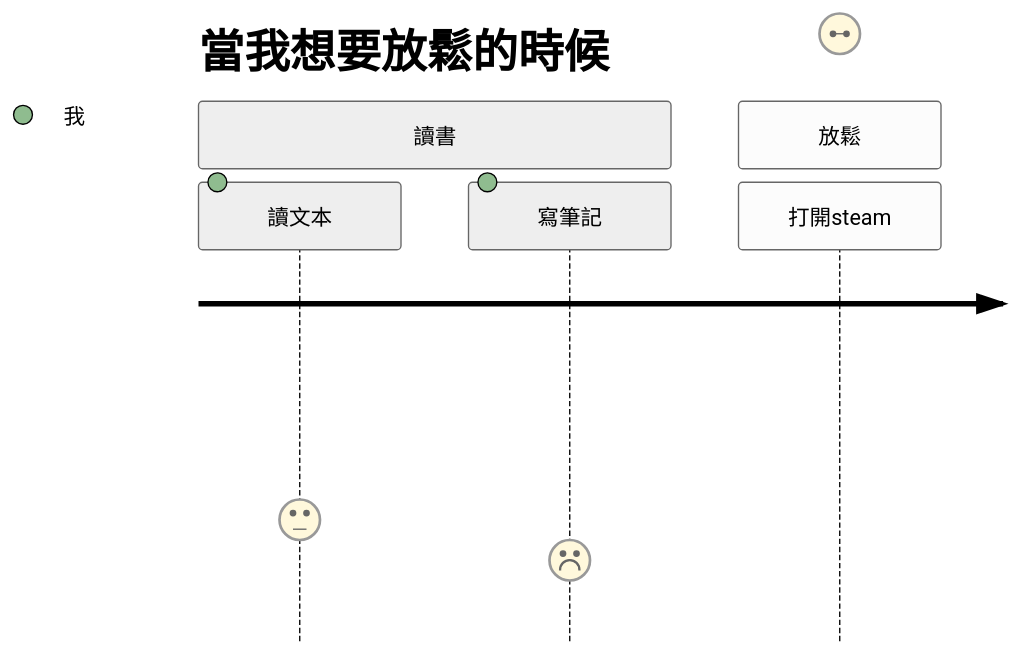
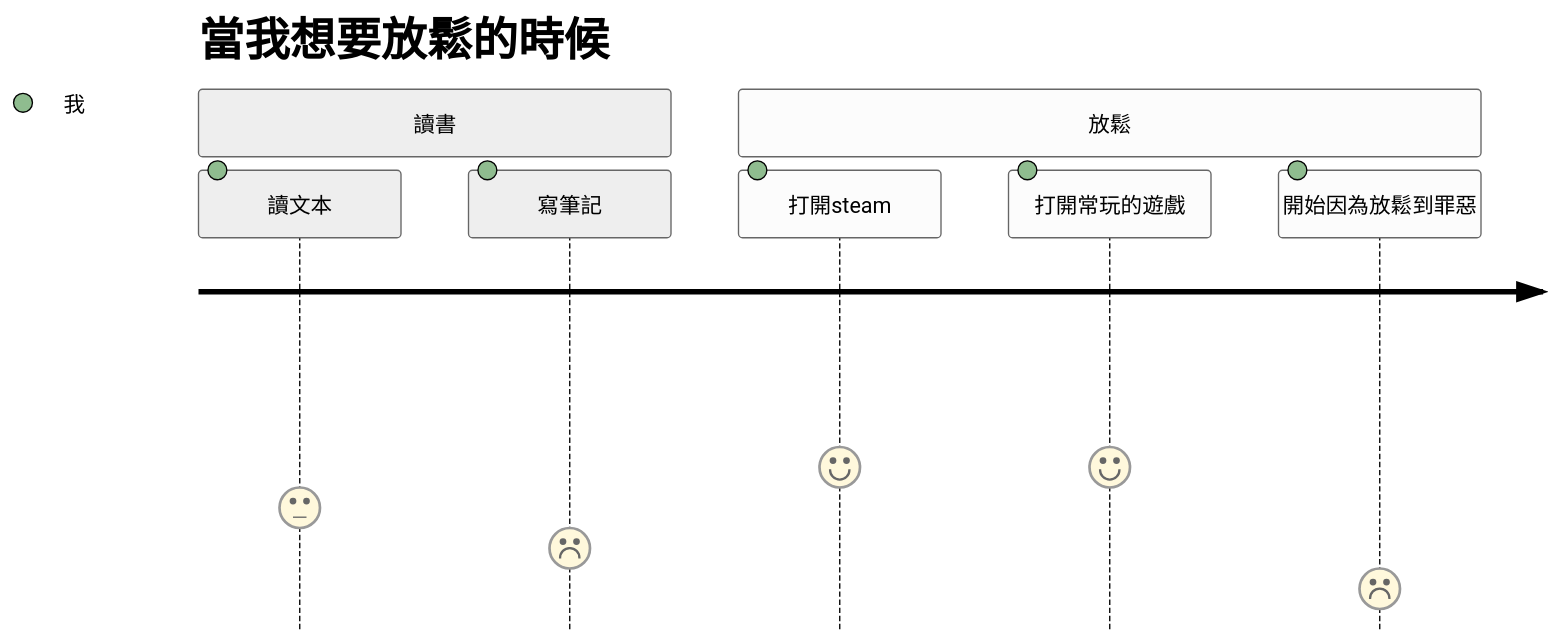
One commit to kuku0508/kuku_note_ver_2 changed the second of 3 diagrams in 知識/程式語言/Mermaid/語法/使用者旅程/使用者旅程.md. Above: the diagram before and after it, drawn with Mermaid (neutral theme). The commit also changed other lines of this file and 3 other files, not shown here.

````diff
--- a/知識/程式語言/Mermaid/語法/使用者旅程/使用者旅程.md
+++ b/知識/程式語言/Mermaid/語法/使用者旅程/使用者旅程.md
@@ -16,9 +16,11 @@
 ```Mermaid
 journey
 	title 當我想要放鬆的時候
 	section 讀書
 		讀文本: 3: 我
 		寫筆記: 2: 我
 	section 放鬆
-		打開steam: ˋ	
+		打開steam: 4: 我
+		打開常玩的遊戲: 4: 我
+		開始因為放鬆到罪惡: 1: 我	
 ```
````
